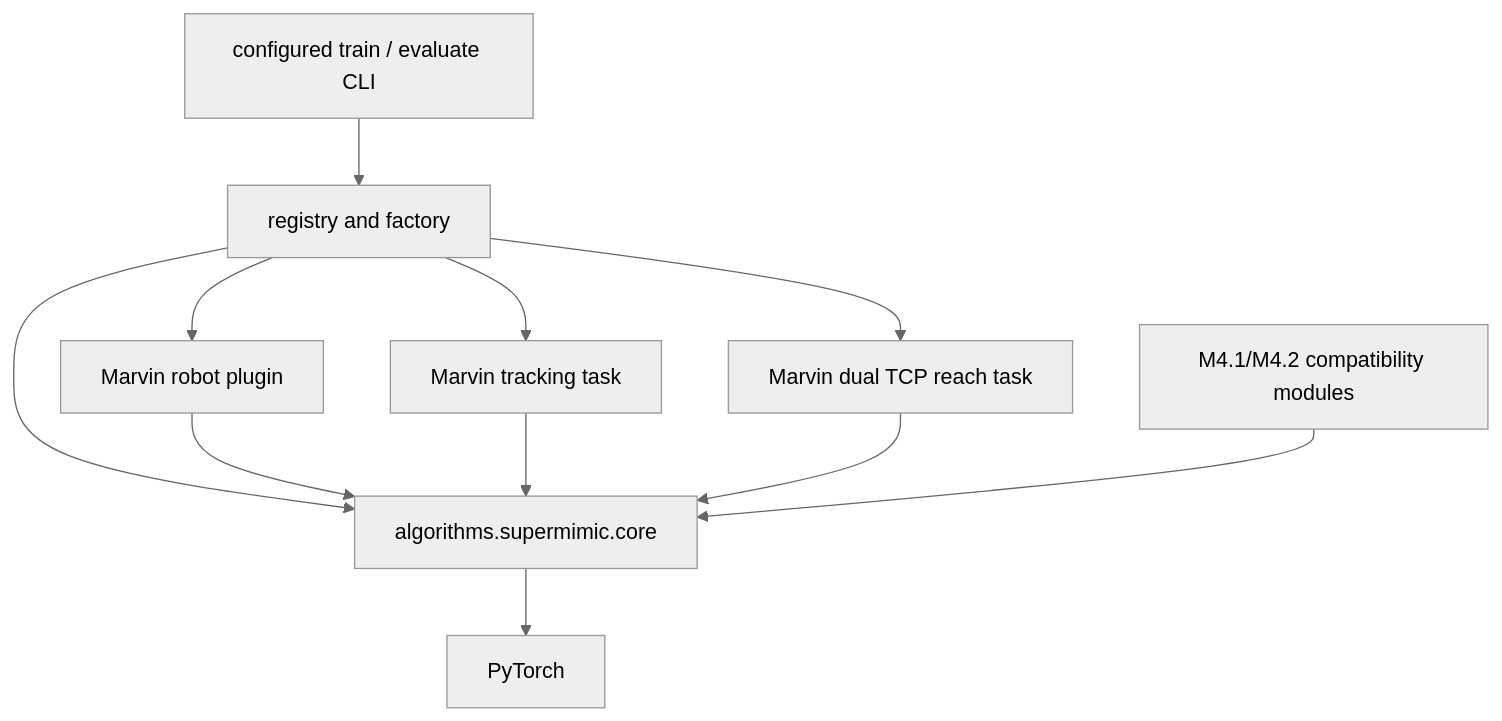
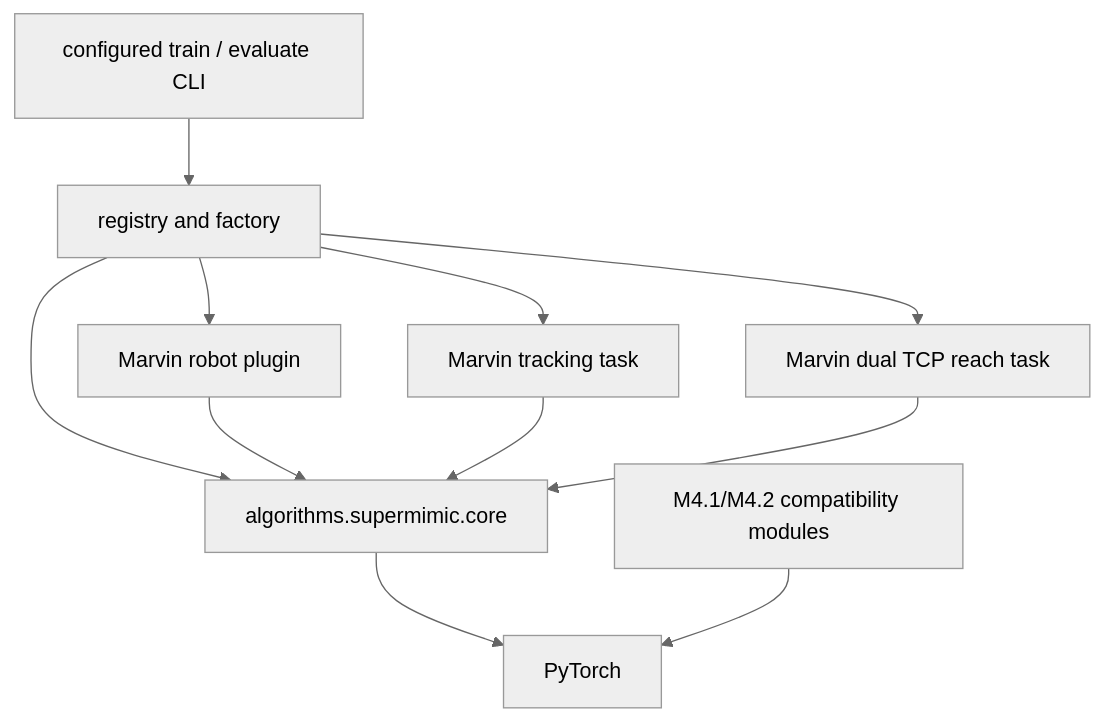
One commit to FEGkkd/dexgym changed the second of 2 diagrams in docs/supermimic/core_architecture.md. Above: the diagram before and after it, drawn with Mermaid (neutral theme). The commit also changed other lines of this file and 6 other files, not shown here.

````diff
--- a/docs/supermimic/core_architecture.md
+++ b/docs/supermimic/core_architecture.md
@@ -27,13 +27,13 @@
 ```mermaid
 flowchart TD
   CLI[configured train / evaluate CLI] --> REG[registry and factory]
   REG --> CORE[algorithms.supermimic.core]
   REG --> MARVIN[Marvin robot plugin]
   REG --> TRACK[Marvin tracking task]
   REG --> REACH[Marvin dual TCP reach task]
   MARVIN --> CORE
   TRACK --> CORE
   REACH --> CORE
   CORE --> TORCH[PyTorch]
-  LEGACY[M4.1/M4.2 compatibility modules] --> CORE
+  LEGACY[M4.1/M4.2 compatibility modules] --> TORCH
 ```
````
